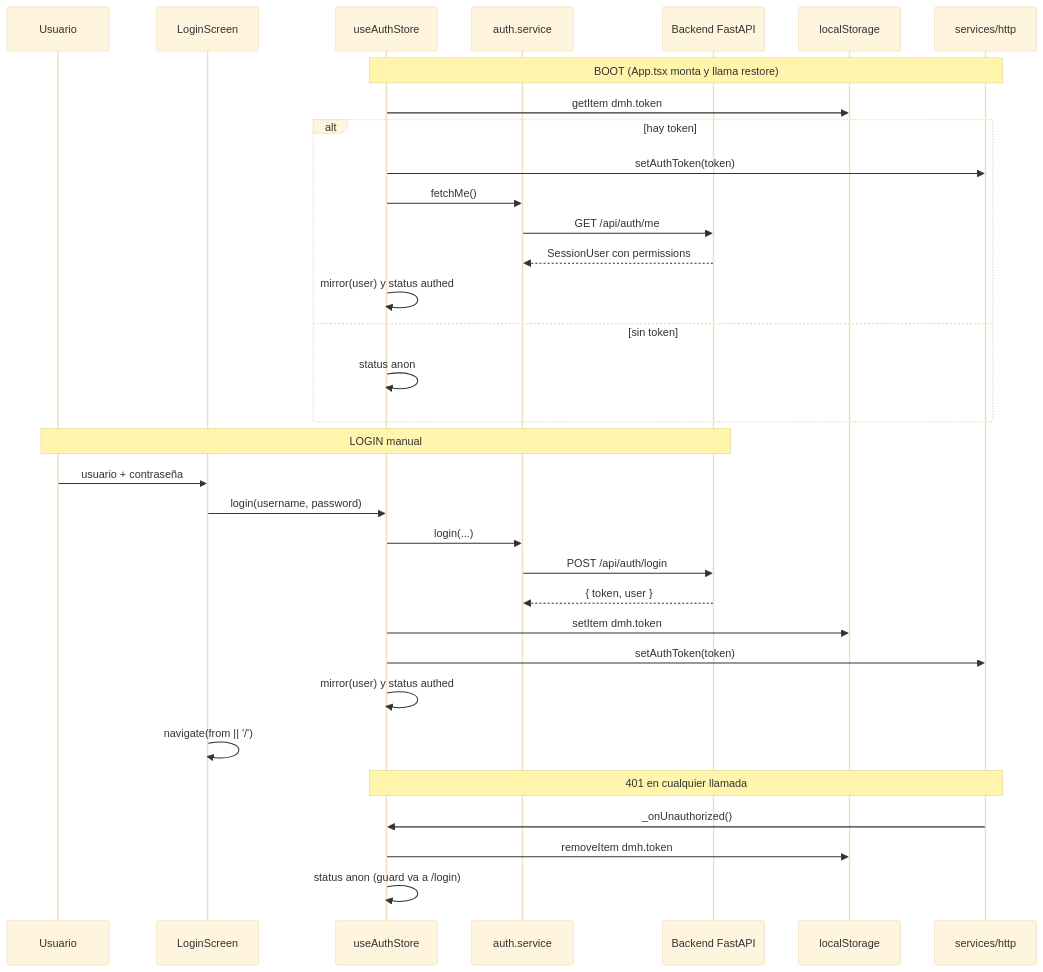
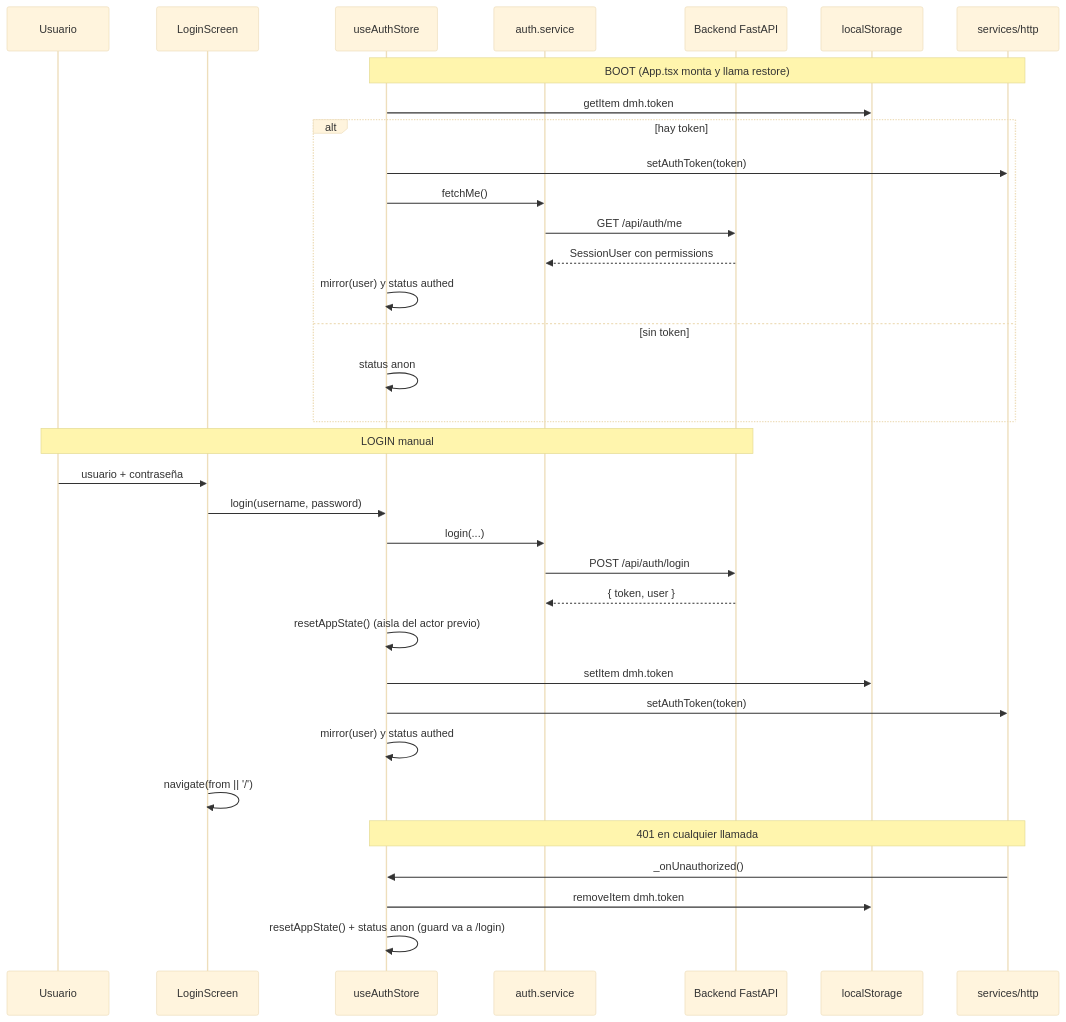
Before and after one commit to Carlosmps97/web-data-model-hub: the second of 8 diagrams in doc/data-flow.md, drawn with Mermaid (base theme). The commit also changed other lines of this file and 8 other files, not shown here.

````diff
--- a/doc/data-flow.md
+++ b/doc/data-flow.md
@@ -92,38 +112,39 @@
 ```mermaid
 sequenceDiagram
   participant U as Usuario
   participant Login as LoginScreen
   participant AS as useAuthStore
   participant Svc as auth.service
   participant API as Backend FastAPI
   participant LS as localStorage
   participant HTTP as services/http
 
   Note over AS,HTTP: BOOT (App.tsx monta y llama restore)
   AS->>LS: getItem dmh.token
   alt hay token
     AS->>HTTP: setAuthToken(token)
     AS->>Svc: fetchMe()
     Svc->>API: GET /api/auth/me
     API-->>Svc: SessionUser con permissions
     AS->>AS: mirror(user) y status authed
   else sin token
     AS->>AS: status anon
   end
 
   Note over U,API: LOGIN manual
   U->>Login: usuario + contraseña
   Login->>AS: login(username, password)
   AS->>Svc: login(...)
   Svc->>API: POST /api/auth/login
   API-->>Svc: { token, user }
+  AS->>AS: resetAppState() (aisla del actor previo)
   AS->>LS: setItem dmh.token
   AS->>HTTP: setAuthToken(token)
   AS->>AS: mirror(user) y status authed
   Login->>Login: navigate(from || '/')
 
   Note over HTTP,AS: 401 en cualquier llamada
   HTTP->>AS: _onUnauthorized()
   AS->>LS: removeItem dmh.token
-  AS->>AS: status anon (guard va a /login)
+  AS->>AS: resetAppState() + status anon (guard va a /login)
 ```
````
